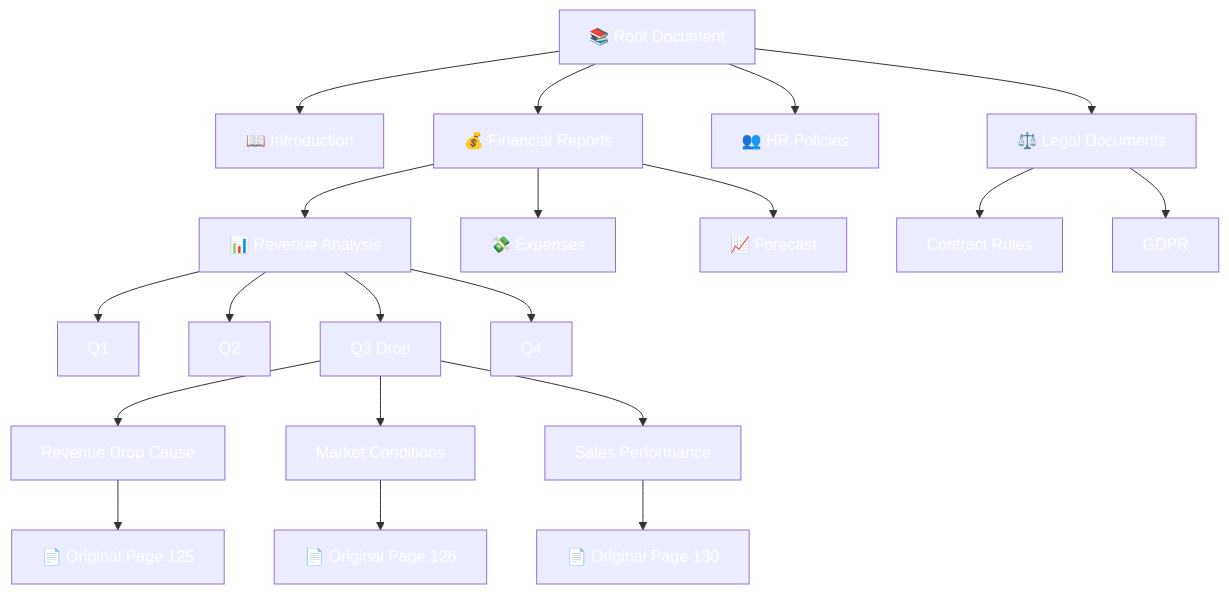
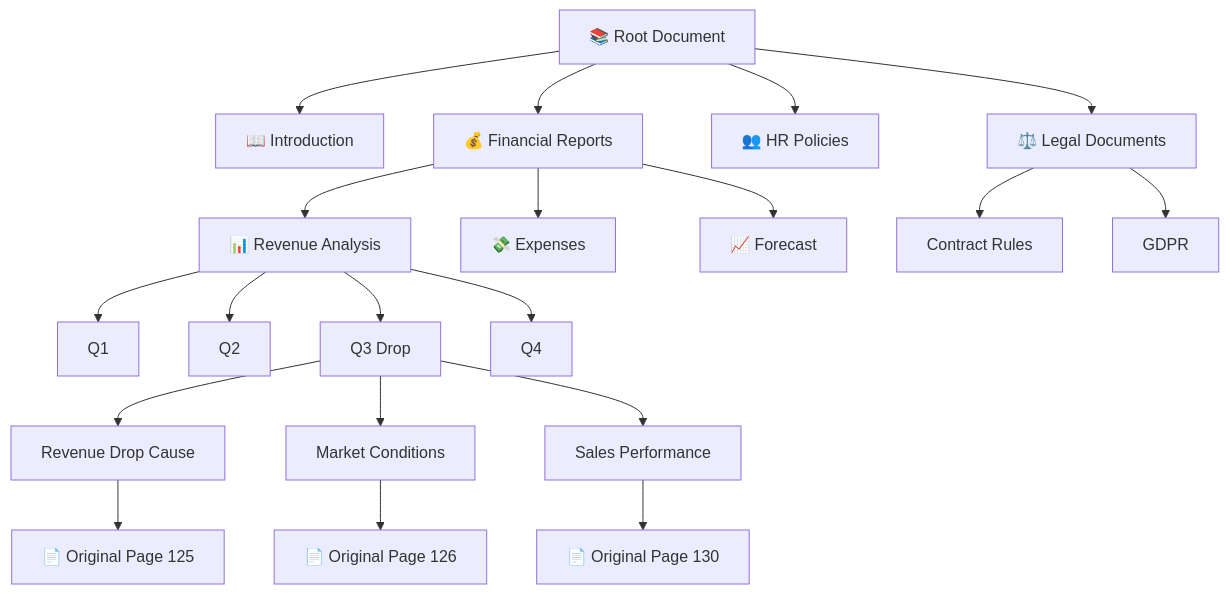
The second of 2 diagrams in Tutorials/Vectorless_RAG/Vectorless RAG (Tree-Based Retrieval Diagram).md (piyalidas10/AI), drawn with Mermaid before and after one commit. The commit also changed other lines of this file, not shown here.

Commit message:
Update Vectorless RAG (Tree-Based Retrieval Diagram).md

````diff
--- a/Tutorials/Vectorless_RAG/Vectorless RAG (Tree-Based Retrieval Diagram).md
+++ b/Tutorials/Vectorless_RAG/Vectorless RAG (Tree-Based Retrieval Diagram).md
@@ -120,35 +172,30 @@
 ```mermaid
 graph TD
-
-classDef root fill:#0d6efd,color:#fff,stroke:#0d6efd
-classDef section fill:#20c997,color:#fff
-classDef topic fill:#ffc107,color:#000
-classDef page fill:#f8f9fa,color:#000
 
 Root["📚 Root Document"]
 
 Root --> Intro["📖 Introduction"]
 Root --> Finance["💰 Financial Reports"]
 Root --> HR["👥 HR Policies"]
 Root --> Legal["⚖️ Legal Documents"]
 
 Finance --> Revenue["📊 Revenue Analysis"]
 Finance --> Expenses["💸 Expenses"]
 Finance --> Forecast["📈 Forecast"]
 
 Revenue --> Q1["Q1"]
 Revenue --> Q2["Q2"]
 Revenue --> Q3["Q3 Drop"]
 Revenue --> Q4["Q4"]
 
 Legal --> Contract["Contract Rules"]
 Legal --> GDPR["GDPR"]
 
 Q3 --> Cause["Revenue Drop Cause"]
 Q3 --> Market["Market Conditions"]
 Q3 --> Sales["Sales Performance"]
 
 Cause --> Page125["📄 Original Page 125"]
 Market --> Page126["📄 Original Page 126"]
 Sales --> Page130["📄 Original Page 130"]
 ```
````
